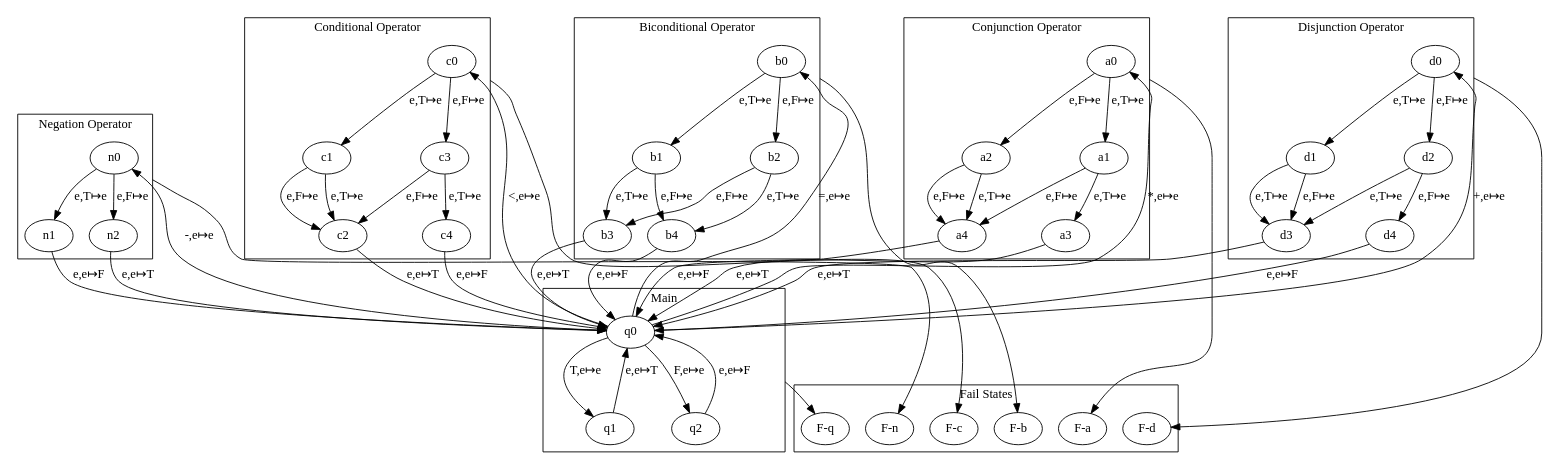
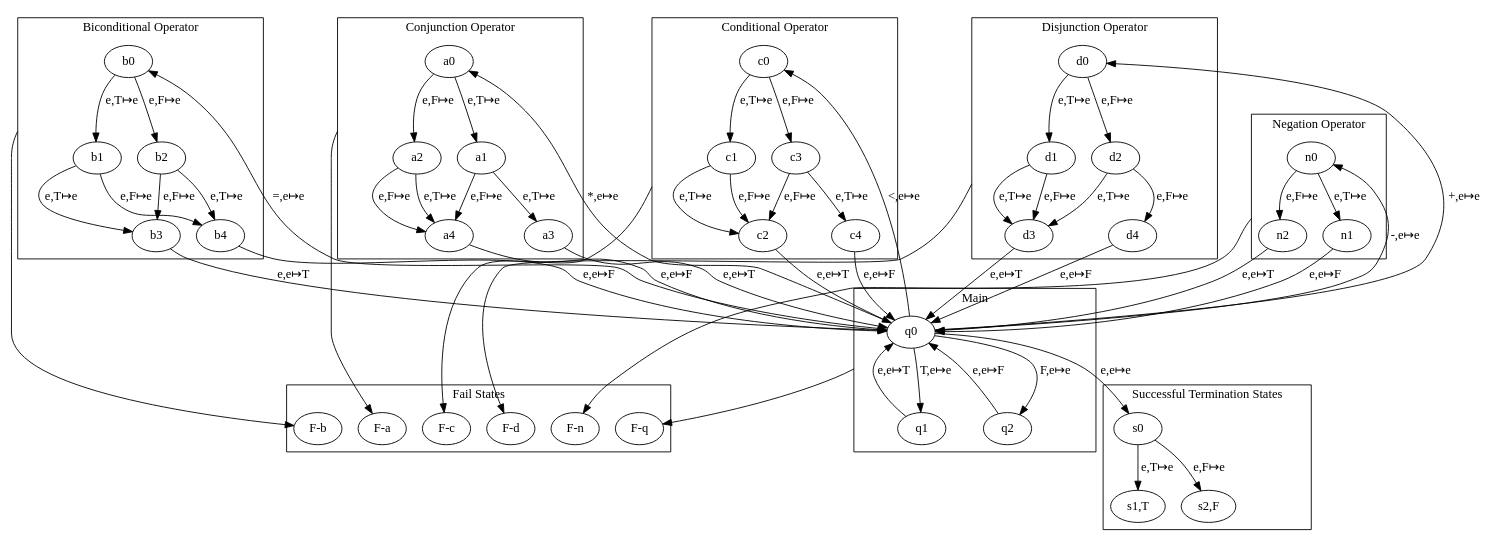
Before and after one commit to gambee/fli: the diagram in sandbox/calculator_algorithms/spec/pdt.dot, drawn with Graphviz. The commit also changed 2 other files, not shown here.

Commit message:
Added states/transitions to pdt.dot to make a more complete automaton specification. Fleshed out the main slee evaluation routine more.

```diff
--- a/sandbox/calculator_algorithms/spec/pdt.dot
+++ b/sandbox/calculator_algorithms/spec/pdt.dot
@@ -1,177 +1,192 @@
 /* pdt.dot
  * This file contains a (graph) description of a Finite State Pushdown
  * Transducer that takes as its input string sentential logic expressions
  * (without variables) in reverse polish notation and computes the result
  * of its evalutation.
  *
  * NOTE: At this time this graph is an incomplete representation of such an
  * 		 automataon. Not every state has transition declared for every possible
  *		 input. Also, no 'output' actions are specified for this graph. Such 
  *		 error-handling and clerical sorts of tasks were omitted to reduce 
  *		 clutter and prevent the readers of this graph from being distracted
  *		 from the more significant semantics of its spefification.
  */
 
 digraph pdt{
 	compound=true; nodsep=1.0;
-
+		
 	subgraph cluster_main{
 
 		label="Main";
 		//push all logical values
 		q0->q1[label="T,e&#8614;e"];
 		q1->q0[label="e,e&#8614;T"];
 
 		q0->q2[label="F,e&#8614;e"];
 		q2->q0[label="e,e&#8614;F"];
+	}
+
+	subgraph cluster_success{
+
+		label="Successful Termination States";
+		/* The only successful termination of operatin for this pdt involves
+		 * entering state q0 with a stack containing exactly one element and
+		 * no input symbols left in the input expression.
+		 */
+
+		s1[label="s1,T"];
+		s2[label="s2,F"];
+		q0->s0[label="e,e&#8614;e"];
+		s0->s1[label="e,T&#8614;e"];
+		s0->s2[label="e,F&#8614;e"];
 	}
 
 	subgraph cluster_negation{
 		label="Negation Operator";
 		/*	This subgraph cluster_is reached when the negation unary operator 
 			is the next input symbol, and works as a sort of subroutine
 			that manipulates the stack to apply that operation to the last
 			boolean value pushed onto the stack */
 
 		//enter the subroutine on input of '~'
 		q0->n0[label="-,e&#8614;e"];
 
 		//path 1: reverse the value of 'T'
 		n0->n1[label="e,T&#8614;e"];
 		n1->q0[label="e,e&#8614;F"];
 
 		//path 2: reverse the value of 'F'
 		n0->n2[label="e,F&#8614;e"];
 		n2->q0[label="e,e&#8614;T"];
 	}
 
 	subgraph cluster_conditional{
 		label="Conditional Operator";
 		/*	When the conditional operator is the next input symbol, this
 			subgraph cluster_calculates the result of the conditional expression
 			between the top-most pair of elements on the stack, and replaces
 			them with the result. */
 
 		//enter the subroutine on input of '->'
 		q0->c0[label="<,e&#8614;e"];
 
 		/*	branch 1: pop 'T'	*/
 		c0->c1[label="e,T&#8614;e"];
 		c1->c2[label="e,T&#8614;e"];//c2 will push 'T' and return to the parent machine
 		c1->c2[label="e,F&#8614;e"];//note: the '->' evaluates to 'F' only in the case 'T->F'
 
 		/*	branch 2: pop 'F'	*/
 		c0->c3[label="e,F&#8614;e"];
 
 			//sub-branch 1: pop 'T'
 			c3->c4[label="e,T&#8614;e"];//the only false result of a '->' expression
 
 			//sub-branch 2: pop 'F'
 			c3->c2[label="e,F&#8614;e"];//'F->F' evaulates to T, so go to c2
 
 		//the exit states (each pushing a different result onto the stack):
 		c2->q0[label="e,e&#8614;T"];
 		c4->q0[label="e,e&#8614;F"];
 	}
 
 	subgraph cluster_biconditional{
 		label = "Biconditional Operator";
 		/*	When the biconditional operator is the next input symbol, this
 			subgraph cluster_calculates the result of the biconditional expression
 			between the top-most pair of elements on the stack, and replaces
 			them with the result. */
 
 			//enter subroutine on input '<->'
 			q0->b0[label="=,e&#8614;e"];
 
 			//sub-branch 1: pop 'T'
 			b0->b1[label="e,T&#8614;e"];//pop 'T'
 			b1->b3[label="e,T&#8614;e"];//b3 will push 'T' as the result of evalutation
 			b1->b4[label="e,F&#8614;e"];//b4 will push 'F' as the result of evalutation
 
 			//sub-branch 2: pop 'F'
 			b0->b2[label="e,F&#8614;e"];//pop 'F'
 			b2->b3[label="e,F&#8614;e"];
 			b2->b4[label="e,T&#8614;e"];
 
 			//exit states of subroutine (pushes result):
 			b3->q0[label="e,e&#8614;T"];
 			b4->q0[label="e,e&#8614;F"];
 	}
 
 	subgraph cluster_conjunction{
 		label="Conjunction Operator";
 		/*	When the conjunction operator is the next input symbol, this
 			subgraph cluster_calculates the result of the conjunction expression
 			between the top-most pair of elements on the stack, and replaces
 			them with the result. */
 
 			//enter subroutine  on input '^'
 			q0->a0[label="*,e&#8614;e"];
 
 			//sub-branch 1: 
 			a0->a1[label="e,T&#8614;e"]; //pop 'T'
 			a1->a3[label="e,T&#8614;e"];
 			a1->a4[label="e,F&#8614;e"];
 			
 			//sub-branch 2:
 			a0->a2[label="e,F&#8614;e"]; //pop 'F'
 			a2->a4[label="e,T&#8614;e"];
 			a2->a4[label="e,F&#8614;e"];
 
 			//exit states of subroutine 
 			a4->q0[label="e,e&#8614;F"];
 			a3->q0[label="e,e&#8614;T"];
 	}
 	
 	subgraph cluster_disjunction{
 		label="Disjunction Operator";
 		/*	When the disjunction operator is the next input symbol, this
 			subgraph cluster_calculates the result of the disjunction expression
 			between the top-most pair of elements on the stack, and replaces
 			them with the result. */
 
 			//enter subroutine on 'v'
 			q0->d0[label="+,e&#8614;e"];
 
 			//sub-branch 1:
 			d0->d1[label="e,T&#8614;e"];//pop 'T'
 			d1->d3[label="e,T&#8614;e"];
 			d1->d3[label="e,F&#8614;e"];
 			
 			//sub-branch 2:
 			d0->d2[label="e,F&#8614;e"];//pop 'F'
 			d2->d3[label="e,T&#8614;e"];
 			d2->d4[label="e,F&#8614;e"];//only false result
 
 			//exit states:
 			d3->q0[label="e,e&#8614;T"];
 			d4->q0[label="e,e&#8614;F"];
 	}
 
 	subgraph cluster_fail{
 		label="Fail States";
 		/*	These are the 'sink' states that the pda falls into when any of the
 		 *	sub-autmata routines recieve invalid input or their actions fail
 		 *	for some reason (i.e. they transition to a fail state that
 		 *	indicates which sub_automata state group the pda was in when it
 		 *	reached a fail state).
 		 *
 		 */
 
 		Fq [label="F-q"]
 		Fn [label="F-n"]
 		Fc [label="F-c"]
 		Fb [label="F-b"]
 		Fa [label="F-a"]
 		Fd [label="F-d"]
 
 		q0->Fq[ltail=cluster_main];
 		n0->Fn[ltail=cluster_negation];
 		c0->Fc[ltail=cluster_conditional];
 		b0->Fb[ltail=cluster_biconditional];
 		a0->Fa[ltail=cluster_conjunction];
 		d0->Fd[ltail=cluster_disjunction];
 	}
 		 
 }
```
